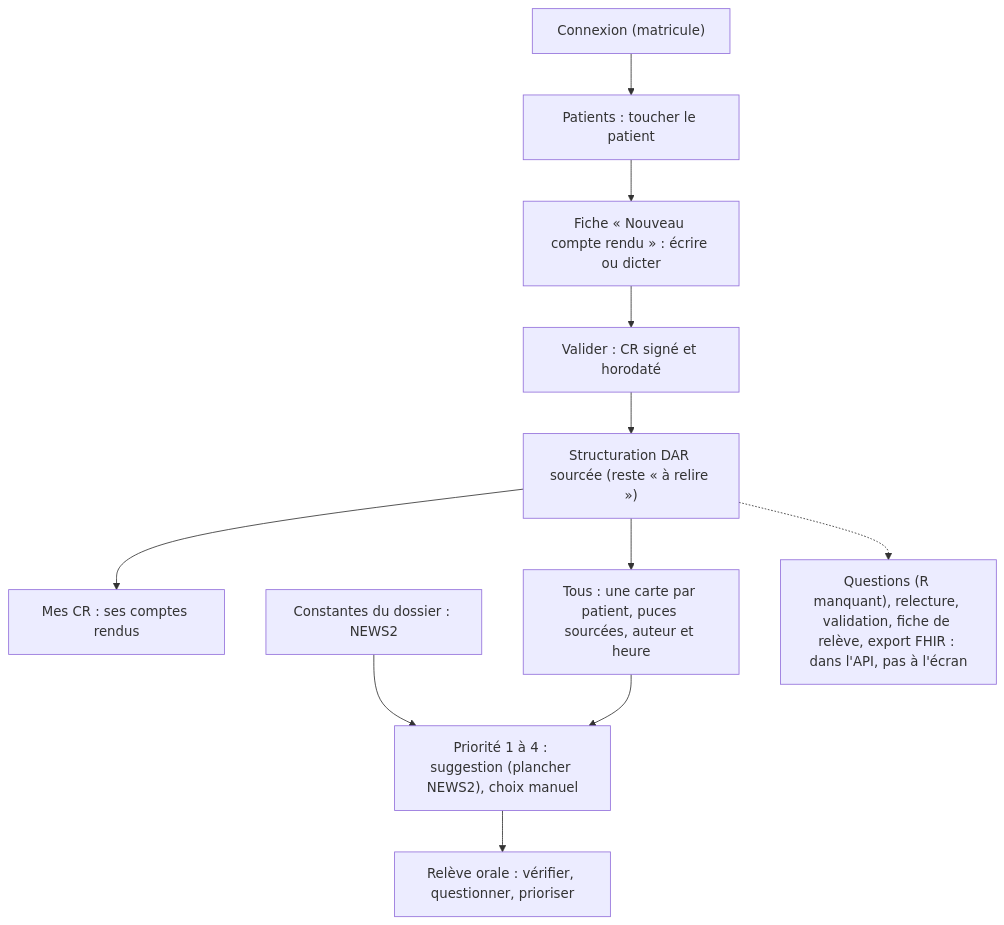
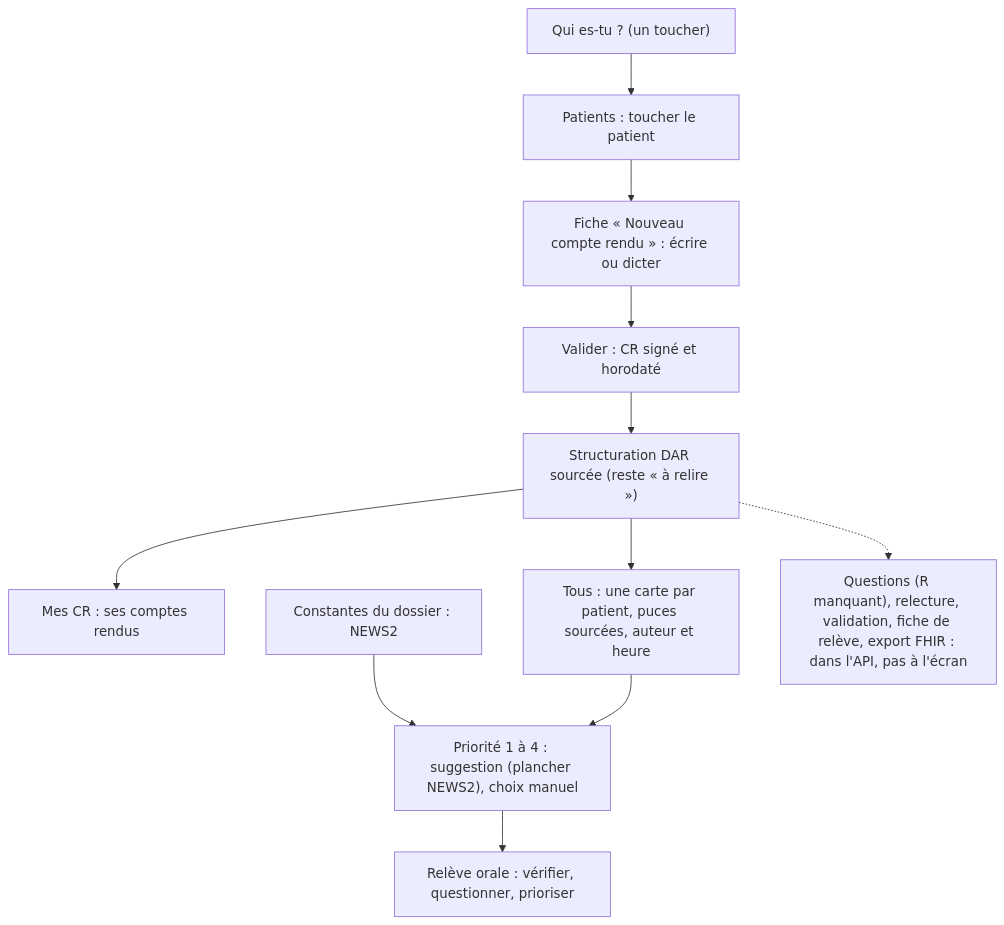
Before and after one commit to Infirmier-Augmente/bino: the diagram in docs/PRODUCT.md, drawn with Mermaid. The commit also changed other lines of this file and 6 other files, not shown here.

Commit message:
docs(docs): « Qui es-tu ? » à la place de la connexion par matricule (P14)

````diff
--- a/docs/PRODUCT.md
+++ b/docs/PRODUCT.md
@@ -32,13 +32,13 @@
 ```mermaid
 flowchart TD
-  A["Connexion (matricule)"] --> B["Patients : toucher le patient"]
+  A["Qui es-tu ? (un toucher)"] --> B["Patients : toucher le patient"]
   B --> C["Fiche « Nouveau compte rendu » : écrire ou dicter"]
   C --> D["Valider : CR signé et horodaté"]
   D --> E["Structuration DAR sourcée (reste « à relire »)"]
   E --> F["Mes CR : ses comptes rendus"]
   E --> G["Tous : une carte par patient, puces sourcées, auteur et heure"]
   V["Constantes du dossier : NEWS2"] --> P
   G --> P["Priorité 1 à 4 : suggestion (plancher NEWS2), choix manuel"]
   P --> J["Relève orale : vérifier, questionner, prioriser"]
   E -.-> K["Questions (R manquant), relecture, validation, fiche de relève, export FHIR : dans l'API, pas à l'écran"]
 ```
````
